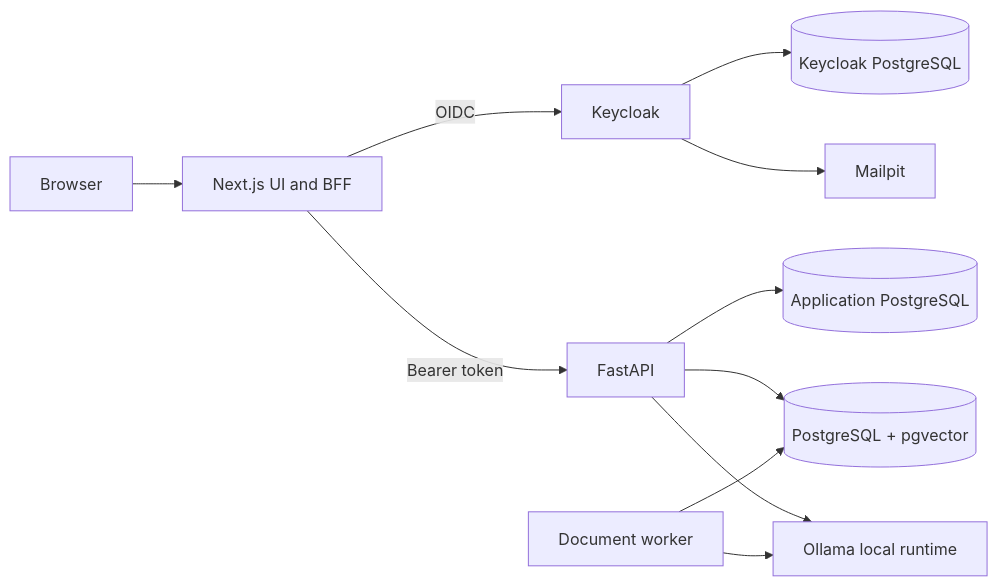
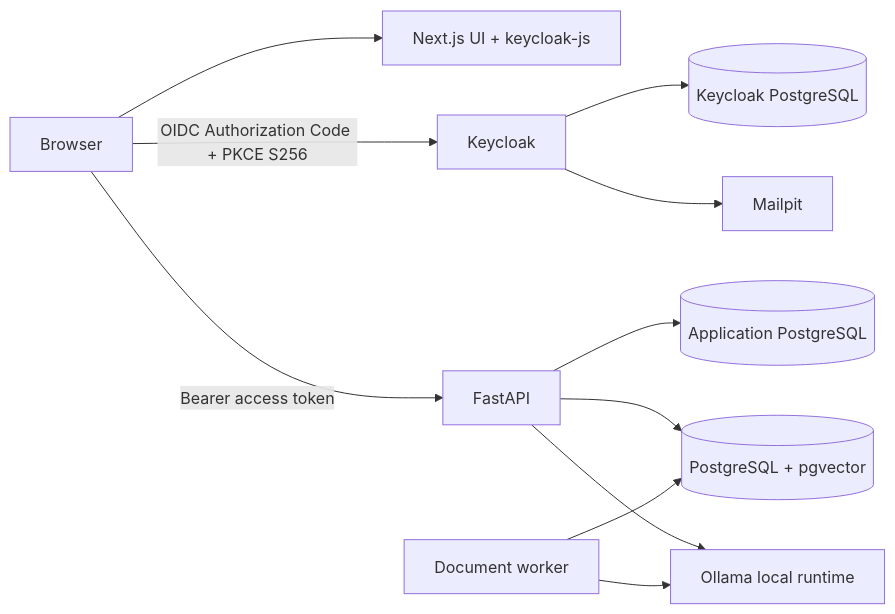
One commit to Raghav1005/AI-Document-Intelligence changed the diagram in docs/ARCHITECTURE_DECISIONS.md. Above: the diagram before and after it, drawn with Mermaid. The commit also changed other lines of this file and 31 other files, not shown here.

````diff
--- a/docs/ARCHITECTURE_DECISIONS.md
+++ b/docs/ARCHITECTURE_DECISIONS.md
@@ -9,13 +9,13 @@
 ```mermaid
 flowchart LR
-    Browser --> Next[Next.js UI and BFF]
-    Next -->|OIDC| Keycloak
-    Next -->|Bearer token| API[FastAPI]
+    Browser --> Next[Next.js UI + keycloak-js]
+    Browser -->|OIDC Authorization Code + PKCE S256| Keycloak
+    Browser -->|Bearer access token| API[FastAPI]
     API --> AppDB[(Application PostgreSQL)]
     API --> VectorDB[(PostgreSQL + pgvector)]
     API --> Ollama[Ollama local runtime]
     Worker[Document worker] --> VectorDB
     Worker --> Ollama
     Keycloak --> KDB[(Keycloak PostgreSQL)]
     Keycloak --> Mailpit
 ```
````
